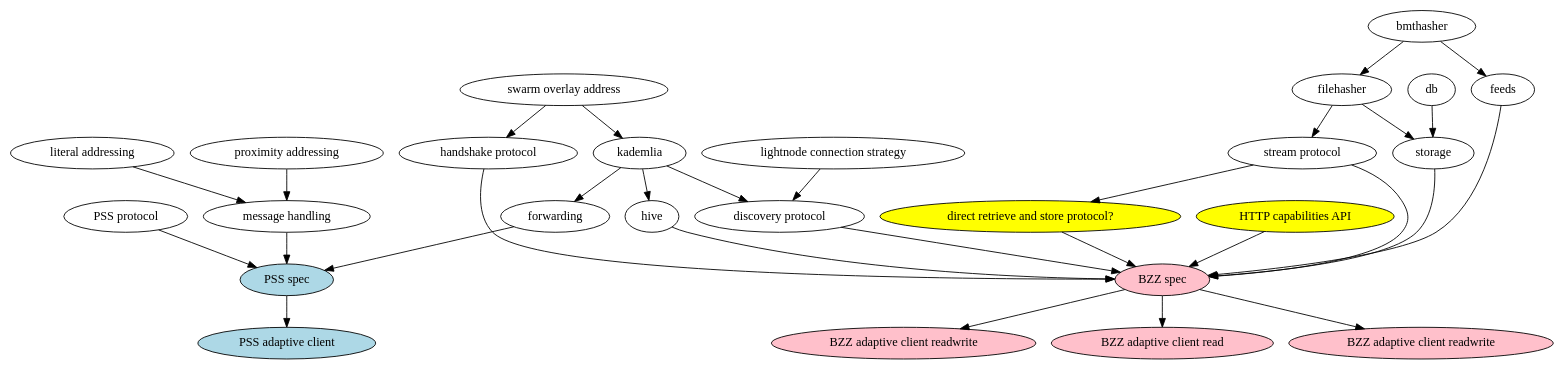
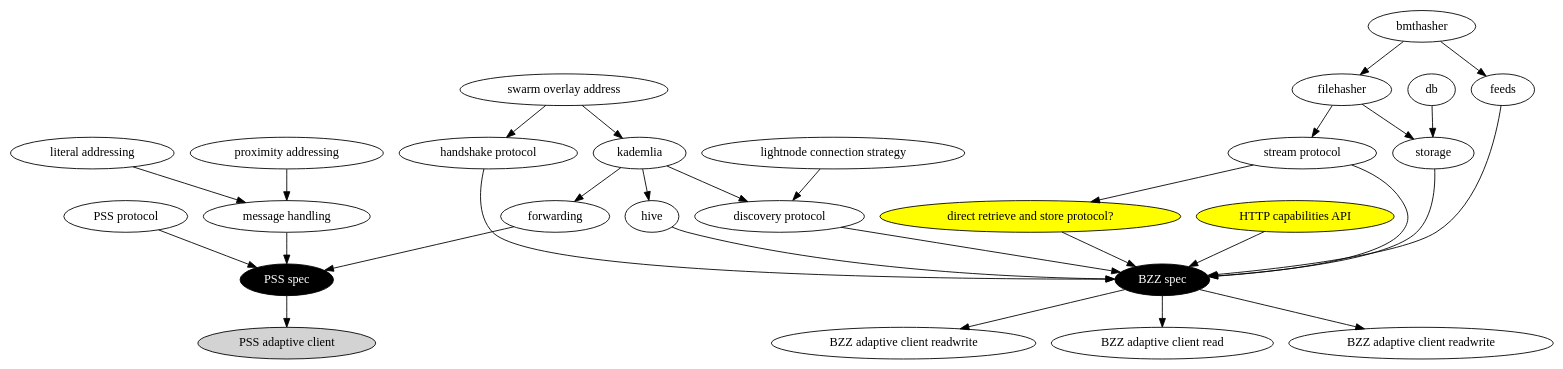
The diagram in specdep.dot (nolash/swarm-adaptive-node), drawn with Graphviz before and after one commit. The commit also changed 1 other file, not shown here.

Commit message:
correct colors on spec dep

```diff
--- a/specdep.dot
+++ b/specdep.dot
@@ -1,42 +1,42 @@
 digraph{
-	PSS [label="PSS spec",style="filled",fillcolor="lightblue"]
-	BZZ [label="BZZ spec",style="filled",fillcolor="pink"]
+	PSS [label="PSS spec",style="filled",fillcolor="black",fontcolor="white"]
+	BZZ [label="BZZ spec",style="filled",fillcolor="black",fontcolor="white"]
 	lightextension [label="direct retrieve and store protocol?",style="filled",fillcolor="yellow"]
 	discovery [label="discovery protocol"]
 	handshake [label="handshake protocol"]
 	pssprotocol [label="PSS protocol"]
 	overlay [label="swarm overlay address"]
 	literaladdress [label="literal addressing"]
 	proxaddress [label="proximity addressing"]
 	psshandler [label="message handling"]
 	stream [label="stream protocol"]
 	lightdiscoverystrategy [label="lightnode connection strategy"]
-	bzzclientread [label="BZZ adaptive client read",style="filled",fillcolor="pink"]
-	bzzclientrw [label="BZZ adaptive client readwrite",style="filled",fillcolor="pink"]
-	bzzserver [label="BZZ adaptive client readwrite",style="filled",fillcolor="pink"]
-	pssclient [label="PSS adaptive client",style="filled",fillcolor="lightblue"]
+	bzzclientread [label="BZZ adaptive client read"]
+	bzzclientrw [label="BZZ adaptive client readwrite"]
+	bzzserver [label="BZZ adaptive client readwrite"]
+	pssclient [label="PSS adaptive client",style="filled"]
 	httpcap [label="HTTP capabilities API",style="filled",fillcolor="yellow"]
 	
 	overlay -> kademlia
 	overlay -> handshake
 
 	kademlia -> forwarding -> PSS
 	pssprotocol -> PSS
 	{literaladdress, proxaddress} -> psshandler -> PSS
 
 	handshake -> BZZ
 	lightdiscoverystrategy -> discovery
 	kademlia -> discovery -> BZZ
 	kademlia -> hive -> BZZ
 	bmthasher -> filehasher
 	{filehasher, db} -> storage
 	filehasher -> stream
 	stream -> lightextension
 	{storage, stream, lightextension, httpcap} -> BZZ
 	bmthasher -> feeds -> BZZ
 
 	BZZ -> bzzclientread
 	BZZ -> bzzclientrw
 	BZZ -> bzzserver
 	PSS -> pssclient
 }
```
